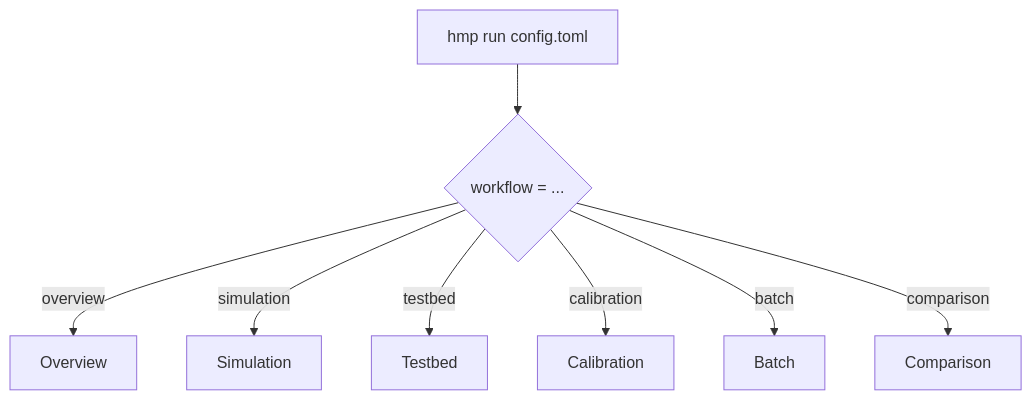
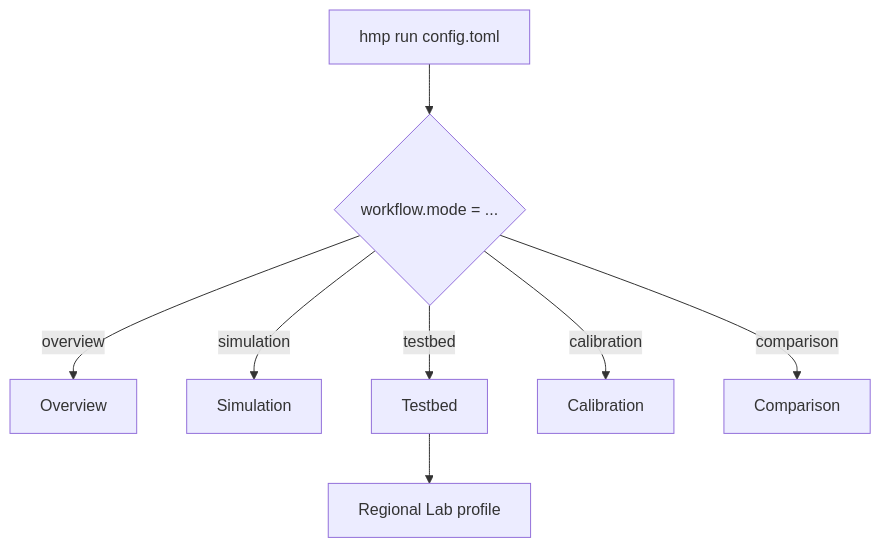
The diagram in docs/source/user_guide/workflows/index.rst (HydroModPy/HydroModPy), drawn with Mermaid before and after one commit. The commit also changed other lines of this file and 24 other files, not shown here.

Commit message:
[docs] - realign workflow docs on testbed/regional_lab architecture

```diff
--- a/docs/source/user_guide/workflows/index.rst
+++ b/docs/source/user_guide/workflows/index.rst
@@ -75,16 +70,16 @@
 .. mermaid::
 
    flowchart TD
-       config[hmp run config.toml] --> dispatch{workflow = ...}
+       config[hmp run config.toml] --> dispatch{workflow.mode = ...}
        dispatch -->|overview| ov[Overview]
        dispatch -->|simulation| sim[Simulation]
        dispatch -->|testbed| tb[Testbed]
        dispatch -->|calibration| cal[Calibration]
-       dispatch -->|batch| bat[Batch]
        dispatch -->|comparison| cmp[Comparison]
+       tb --> rl[Regional Lab profile]
        click ov "overview.html" "Open overview workflow"
        click sim "simulation.html" "Open simulation workflow"
        click tb "testbed.html" "Open testbed workflow"
        click cal "calibration.html" "Open calibration workflow"
-       click bat "batch.html" "Open batch workflow"
        click cmp "comparison.html" "Open comparison workflow"
+       click rl "regional_lab.html" "Open regional lab profile"
```
